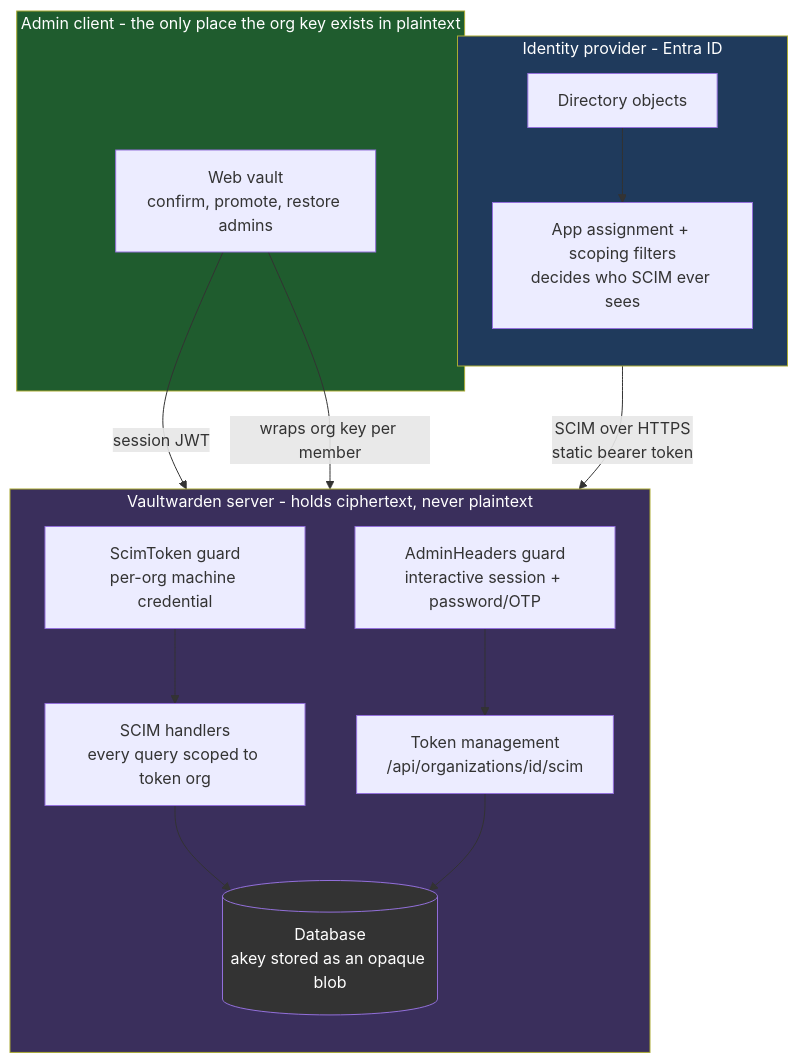
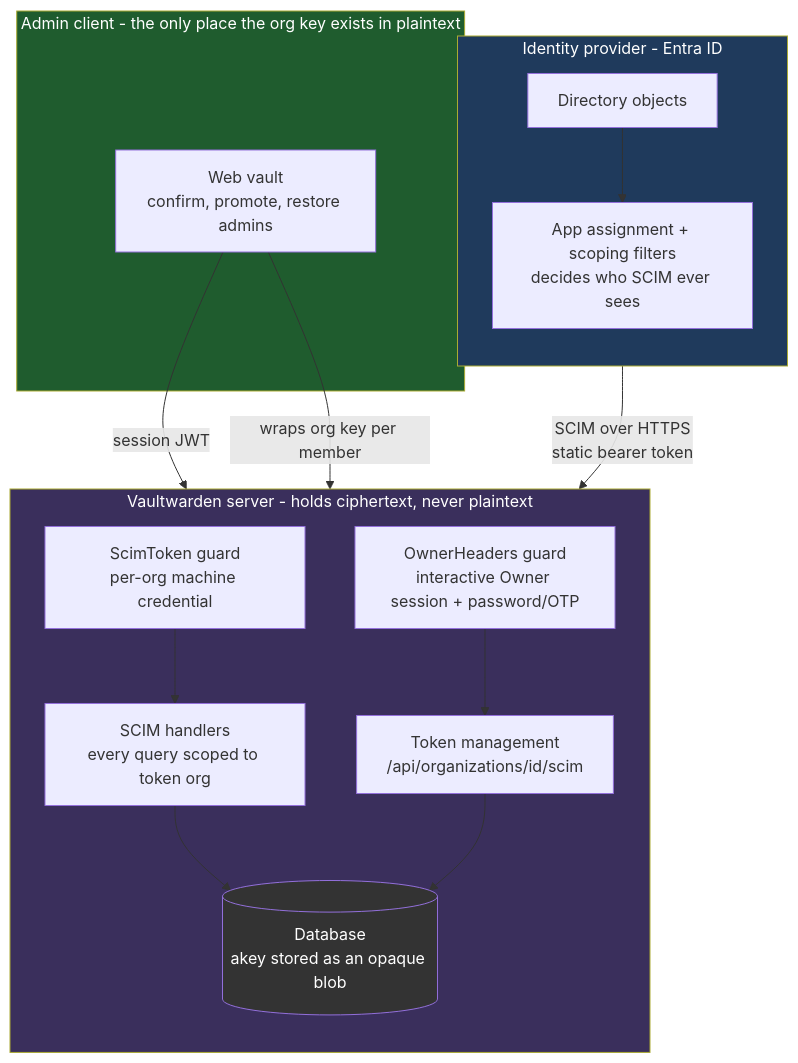
Before and after one commit to croftinator/vaultwarden-scim-v2: the fourth of 10 diagrams in docs/scim/design.md, drawn with Mermaid. The commit also changed other lines of this file and 56 other files, not shown here.

````diff
--- a/docs/scim/design.md
+++ b/docs/scim/design.md
@@ -153,32 +153,32 @@
 ```mermaid
 flowchart TB
     subgraph idp [Identity provider - Entra ID]
         direction TB
         dir[Directory objects]
         scope[App assignment + scoping filters<br/>decides who SCIM ever sees]
     end
 
     subgraph server [Vaultwarden server - holds ciphertext, never plaintext]
         direction TB
         gsc[ScimToken guard<br/>per-org machine credential]
         hsc[SCIM handlers<br/>every query scoped to token org]
-        gadm[AdminHeaders guard<br/>interactive session + password/OTP]
+        gadm[OwnerHeaders guard<br/>interactive Owner session + password/OTP]
         hadm[Token management<br/>/api/organizations/id/scim]
         db[(Database<br/>akey stored as an opaque blob)]
     end
 
     subgraph admin [Admin client - the only place the org key exists in plaintext]
         wv[Web vault<br/>confirm, promote, restore admins]
     end
 
     dir --> scope
     scope -->|"SCIM over HTTPS<br/>static bearer token"| gsc
     gsc --> hsc --> db
     wv -->|"session JWT"| gadm --> hadm --> db
     wv -->|"wraps org key per member"| db
 
     style idp fill:#1f3a5c,color:#fff
     style server fill:#3a2f5c,color:#fff
     style admin fill:#1f5c2e,color:#fff
     style db fill:#333,color:#fff
 ```
````
